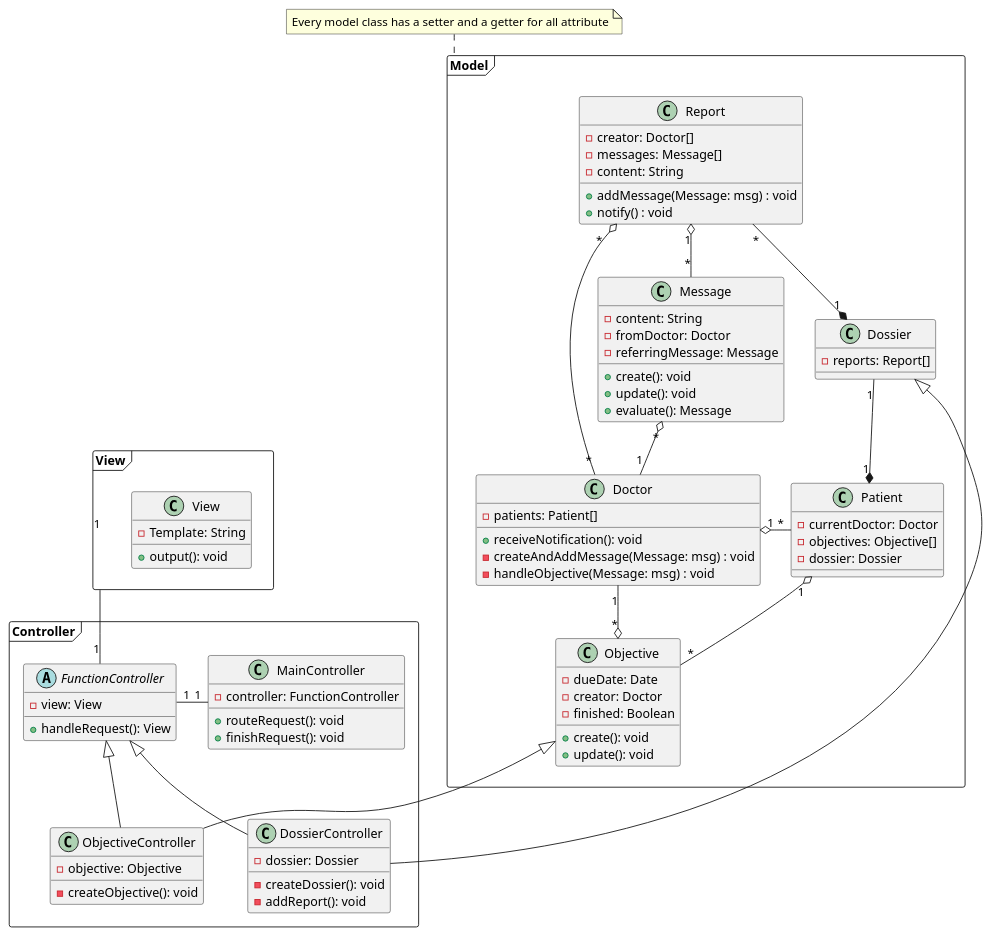
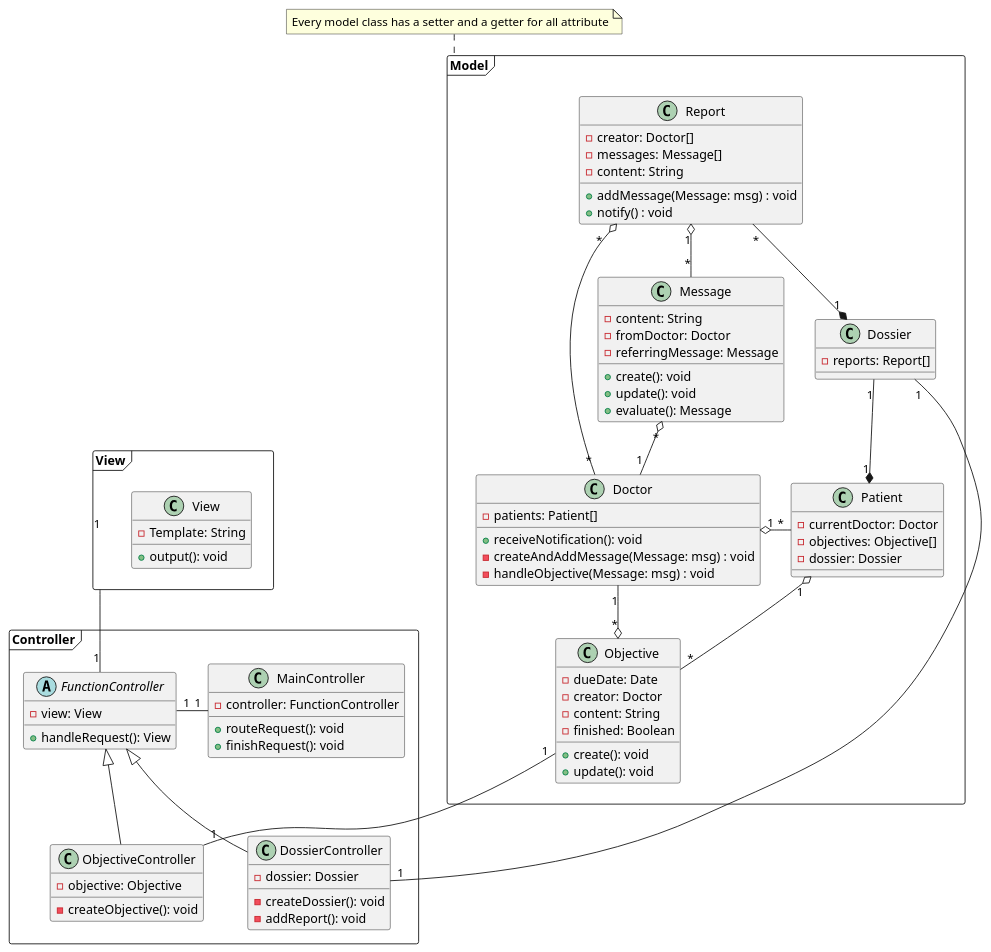
Before and after one commit to thetractor/ch.bfh.bti7081.s2019.orange: the diagram in doc/task4/classdiagram.puml, drawn with PlantUML. The commit also changed 1 other file, not shown here.

Commit message:
fix: fix classdiagram (task4)

```diff
--- a/doc/task4/classdiagram.puml
+++ b/doc/task4/classdiagram.puml
@@ -1,89 +1,90 @@
 @startuml
 package Controller <<Frame>> {
        class MainController{
            -controller: FunctionController
            +routeRequest(): void
            +finishRequest(): void
        }
        abstract class FunctionController{
           -view: View
           +handleRequest(): View
        }
        class ObjectiveController{
          -objective: Objective
          -createObjective(): void
        }
        class DossierController{
           -dossier: Dossier
           -createDossier(): void
           -addReport(): void
        }
 
 }
 package View <<Frame>> {
     class View{
         -Template: String
         +output(): void
     }
 }
 package Model <<Frame>> {
     class Doctor{
         -patients: Patient[]
         +receiveNotification(): void
         -createAndAddMessage(Message: msg) : void
         -handleObjective(Message: msg) : void
     }
 
     class Patient{
         -currentDoctor: Doctor
         -objectives: Objective[]
         -dossier: Dossier
     }
 
     class Objective{
         -dueDate: Date
         -creator: Doctor
+        -content: String
         -finished: Boolean
         +create(): void
         +update(): void
     }
 
     class Report{
         -creator: Doctor[]
         -messages: Message[]
         -content: String
         +addMessage(Message: msg) : void
         +notify() : void
     }
 
     class Dossier{
         -reports: Report[]
     }
 
     class Message{
         -content: String
         -fromDoctor: Doctor
         -referringMessage: Message
         +create(): void
         +update(): void
         +evaluate(): Message
     }
 }
 Objective "*" o-- "1" Doctor
 Doctor "1" o- "*" Patient
 Patient "1" o-- "*" Objective
 Report " *  " o-- "*" Doctor
 Report "1" o-- "*" Message
 Message "*" o-- "1" Doctor
 Dossier "1" --* "1" Patient
 Report "*" -* "1" Dossier
 
 FunctionController <|-- DossierController
-Dossier <|-- DossierController
-Objective <|-- ObjectiveController
+Dossier "1"--"1" DossierController
+Objective "1"--"1" ObjectiveController
 FunctionController <|-- ObjectiveController
 View "1" -- "1" FunctionController
 FunctionController "1" - "1" MainController
 
 note top of Model: Every model class has a setter and a getter for all attribute
 @enduml
```
